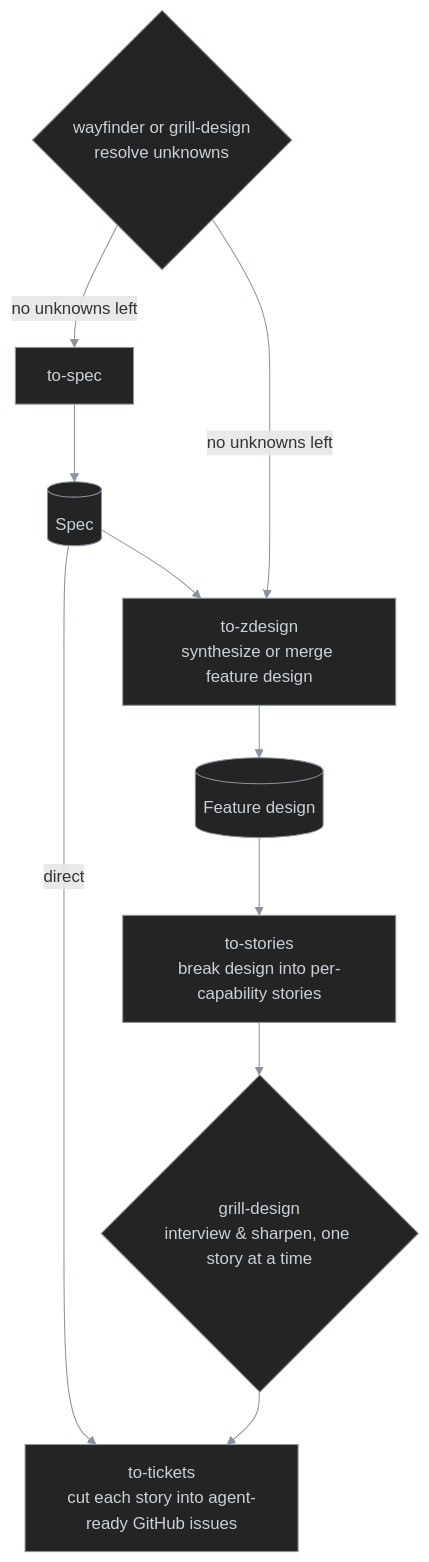
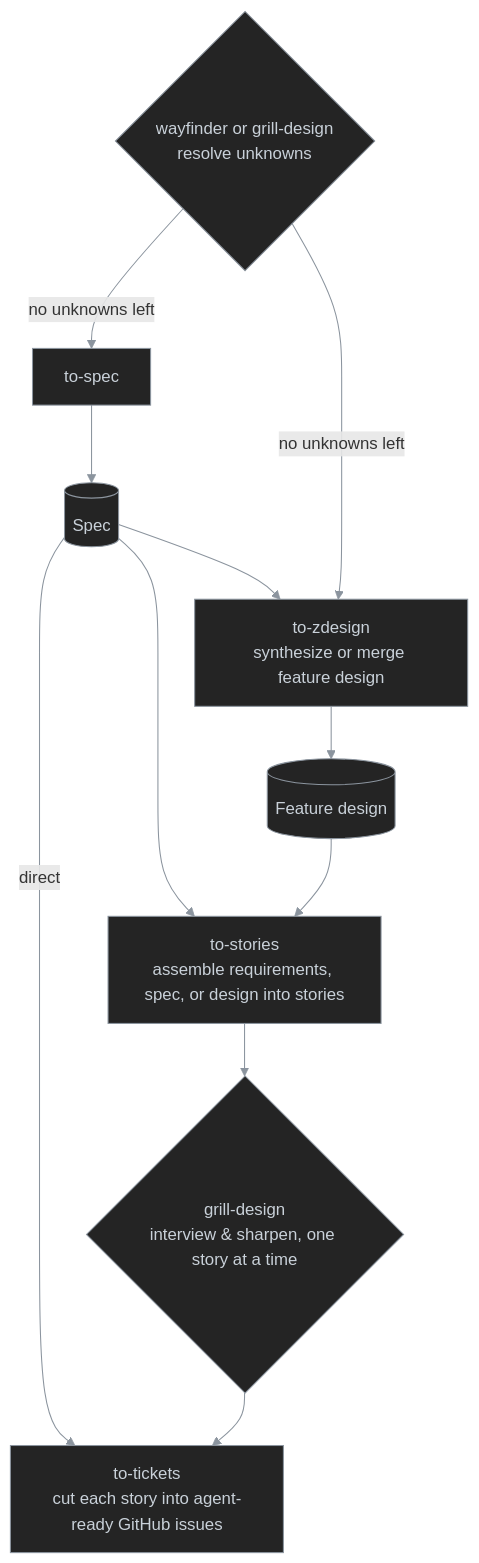
The diagram in plugins/wf/README.md (antshc/brain), drawn with Mermaid before and after one commit. The commit also changed other lines of this file and 11 other files, not shown here.

````diff
--- a/plugins/wf/README.md
+++ b/plugins/wf/README.md
@@ -14,26 +14,27 @@
 ```mermaid
 %%{init: {'themeVariables': {'lineColor': '#8b949e'}}}%%
 flowchart TD
     W{"wayfinder or grill-design<br/>resolve unknowns"}
     S["to-spec"]
     SPEC[("Spec")]
     ZD["to-zdesign<br/>synthesize or merge feature design"]
     DESIGN[("Feature design")]
-    STORIES["to-stories<br/>break design into per-capability stories"]
+    STORIES["to-stories<br/>assemble requirements, spec, or design into stories"]
     GRILL{"grill-design<br/>interview & sharpen, one story at a time"}
     TICKETS["to-tickets<br/>cut each story into agent-ready GitHub issues"]
 
     W -- no unknowns left --> S
     S --> SPEC
     SPEC -- direct --> TICKETS
+    SPEC --> STORIES
 
     W -- no unknowns left --> ZD
     SPEC --> ZD
     ZD --> DESIGN
 
     DESIGN --> STORIES
     STORIES --> GRILL
     GRILL --> TICKETS
 
     classDef default fill:#242424,stroke:#8b949e,color:#c9d1d9,stroke-width:1px
 ```
````
